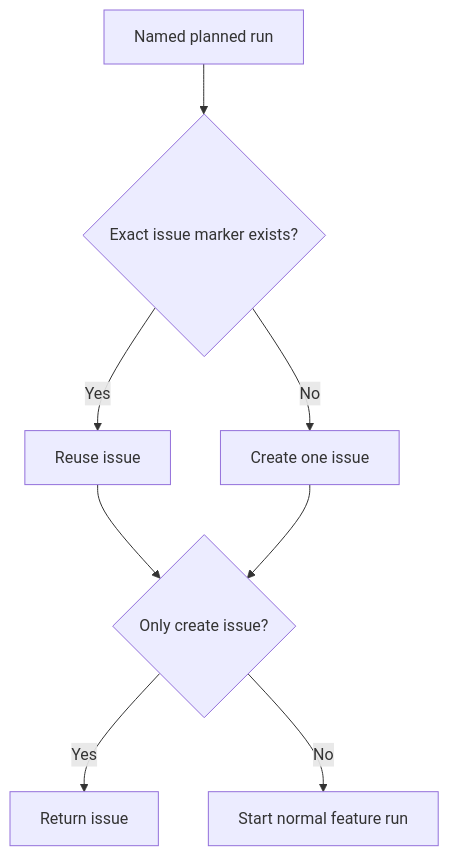
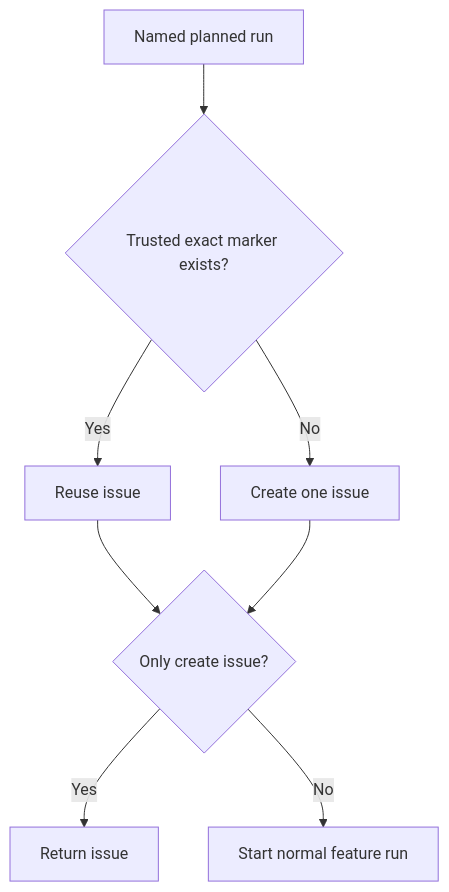
Before and after one commit to promptdriven/pdd: the diagram in prompts/cli/product.prompt.md, drawn with Mermaid. The commit also changed other lines of this file and 12 other files, not shown here.

Commit message:
Define trusted product run ownership and base-aware progress

````diff
--- a/prompts/cli/product.prompt.md
+++ b/prompts/cli/product.prompt.md
@@ -82,10 +164,10 @@
 ```mermaid
 flowchart TD
-    R[Named planned run] --> E{Exact issue marker exists?}
+    R[Named planned run] --> E{Trusted exact marker exists?}
     E -->|Yes| U[Reuse issue]
     E -->|No| C[Create one issue]
     U --> N{Only create issue?}
     C --> N
     N -->|Yes| D[Return issue]
     N -->|No| F[Start normal feature run]
 ```
````
